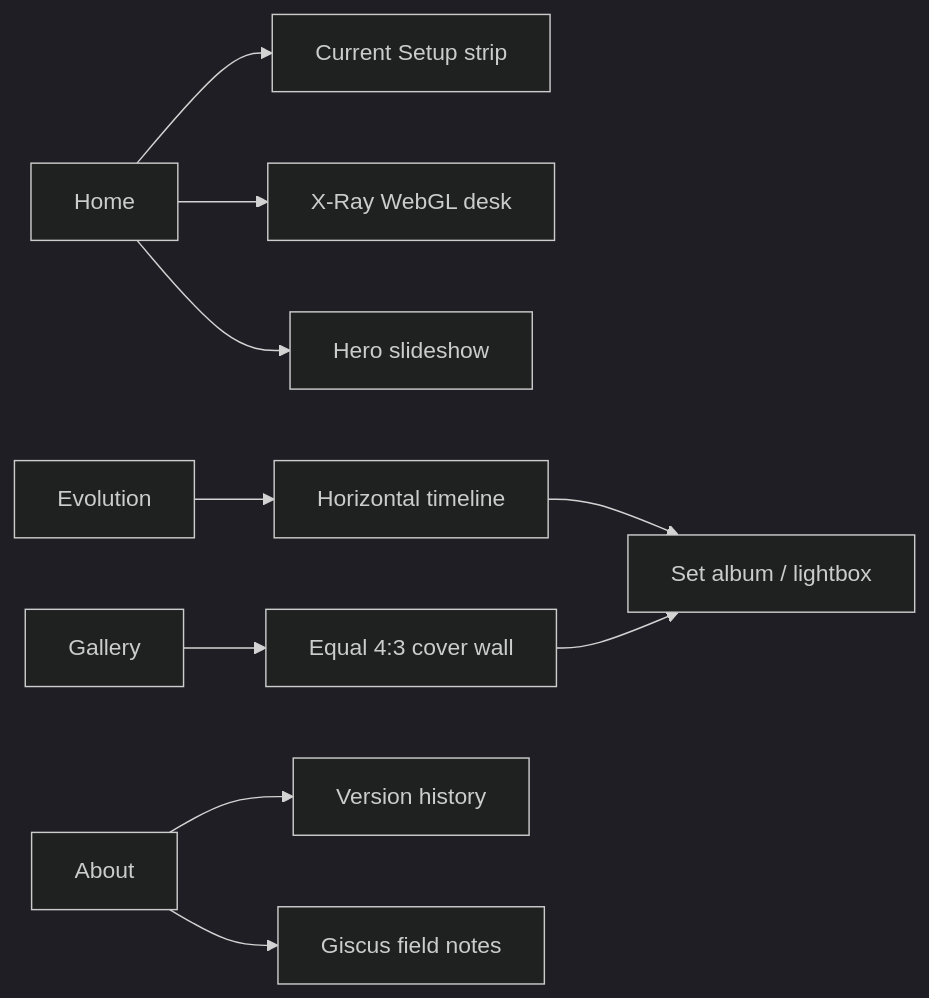
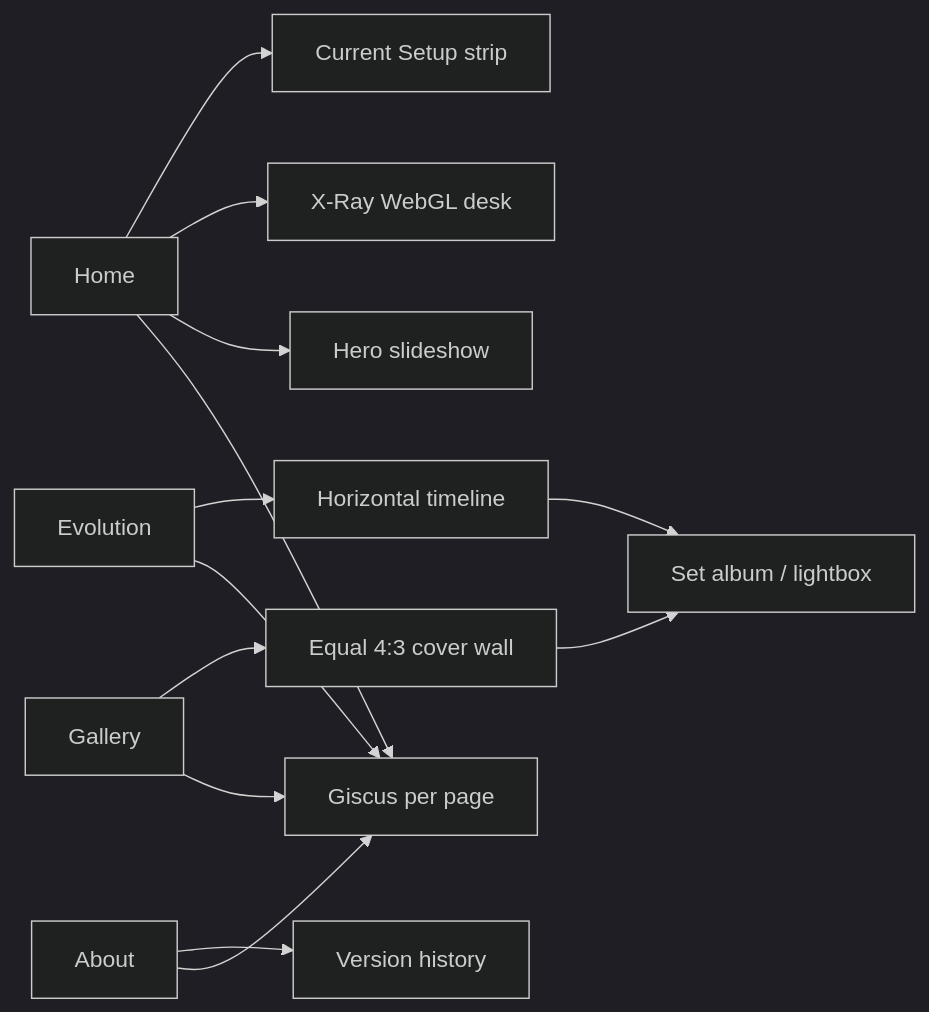
One commit to krwg/deskproject changed the diagram in README.md. Above: the diagram before and after it, drawn with Mermaid (dark theme). The commit also changed other lines of this file and 6 other files, not shown here.

First line of the commit message:
Restore site-wide Giscus with a discussion term per page.

````diff
--- a/README.md
+++ b/README.md
@@ -33,12 +33,15 @@
 ```mermaid
 flowchart LR
   H[Home] --> CS[Current Setup strip]
   H --> XR[X-Ray WebGL desk]
   H --> HB[Hero slideshow]
   E[Evolution] --> TL[Horizontal timeline]
   TL --> LB[Set album / lightbox]
   G[Gallery] --> WALL[Equal 4:3 cover wall]
   WALL --> LB
   A[About] --> VH[Version history]
-  A --> NOTES[Giscus field notes]
+  H --> NOTES[Giscus per page]
+  E --> NOTES
+  G --> NOTES
+  A --> NOTES
 ```
````
